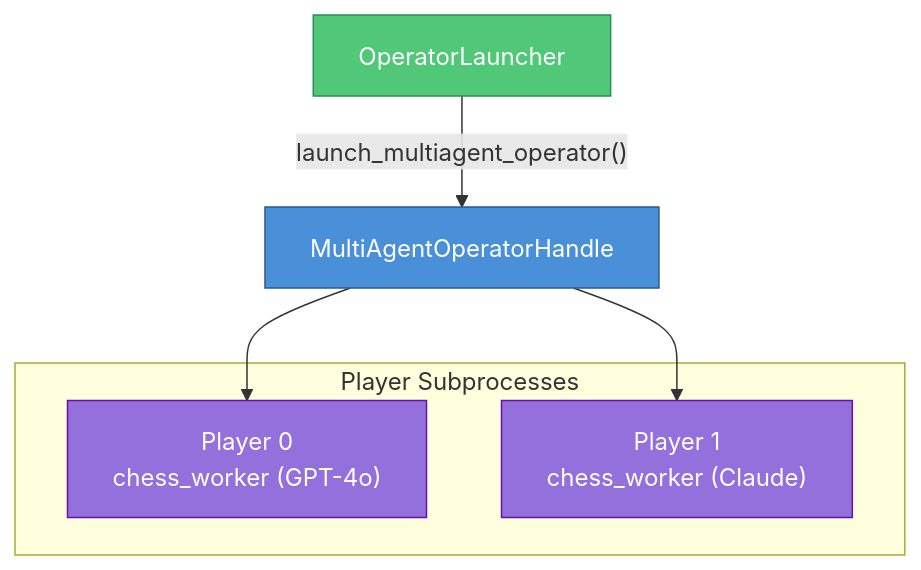
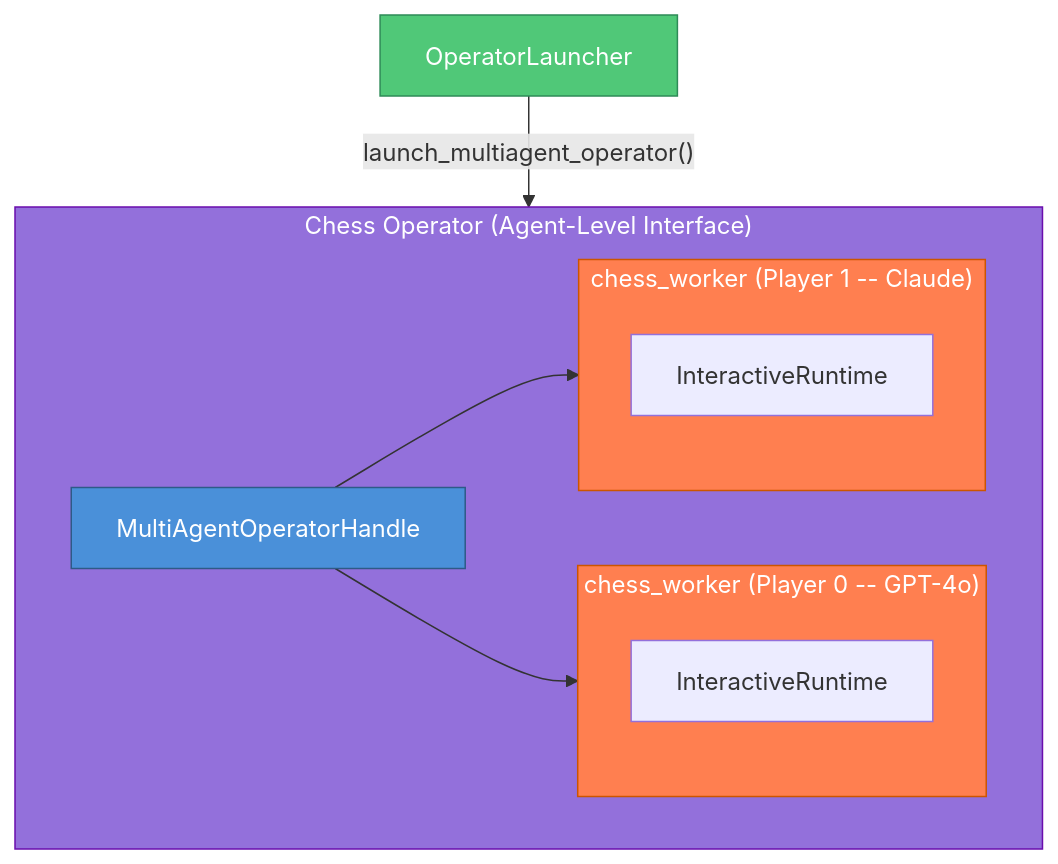
The third of 4 diagrams in docs/source/documents/architecture/operators/architecture.rst (Abdulhamid97Mousa/mosaic), drawn with Mermaid before and after one commit. The commit also changed other lines of this file and 21 other files, not shown here.

```diff
--- a/docs/source/documents/architecture/operators/architecture.rst
+++ b/docs/source/documents/architecture/operators/architecture.rst
@@ -242,19 +267,24 @@
 .. mermaid::
 
    graph TB
        LAUNCHER["OperatorLauncher"]
-       MULTI["MultiAgentOperatorHandle"]
 
-       subgraph "Player Subprocesses"
-           P0["Player 0<br/>chess_worker (GPT-4o)"]
-           P1["Player 1<br/>chess_worker (Claude)"]
+       subgraph OP["Chess Operator (Agent-Level Interface)"]
+           MULTI["MultiAgentOperatorHandle"]
+           subgraph W0["chess_worker (Player 0 -- GPT-4o)"]
+               P0_RT["InteractiveRuntime"]
+           end
+           subgraph W1["chess_worker (Player 1 -- Claude)"]
+               P1_RT["InteractiveRuntime"]
+           end
        end
 
-       LAUNCHER -->|"launch_multiagent_operator()"| MULTI
-       MULTI --> P0
-       MULTI --> P1
+       LAUNCHER -->|"launch_multiagent_operator()"| OP
+       MULTI --> W0
+       MULTI --> W1
 
        style LAUNCHER fill:#50c878,stroke:#2e8b57,color:#fff
+       style OP fill:#9370db,stroke:#6a0dad,color:#fff
        style MULTI fill:#4a90d9,stroke:#2e5a87,color:#fff
-       style P0 fill:#9370db,stroke:#6a0dad,color:#fff
-       style P1 fill:#9370db,stroke:#6a0dad,color:#fff
+       style W0 fill:#ff7f50,stroke:#cc5500,color:#fff
+       style W1 fill:#ff7f50,stroke:#cc5500,color:#fff
```
